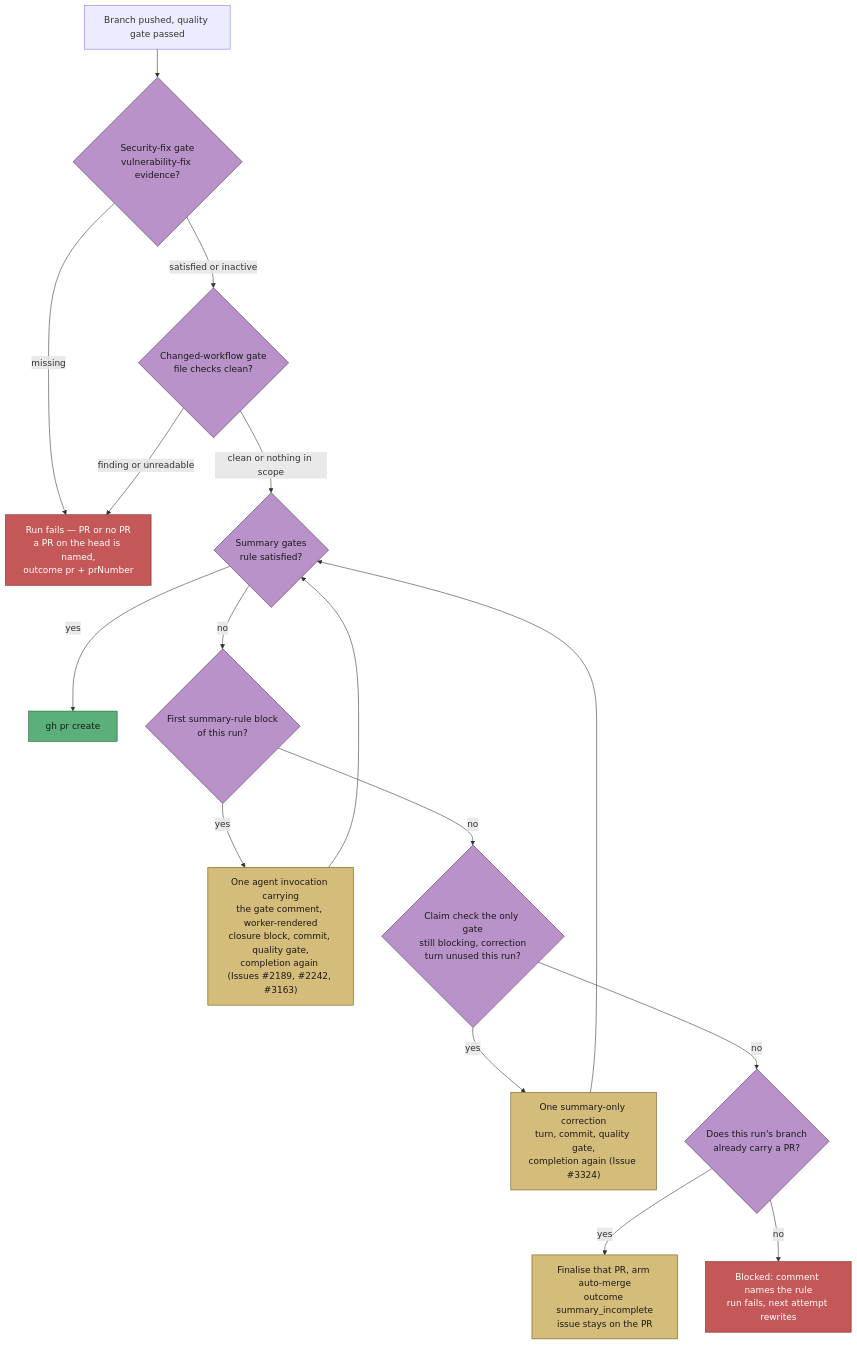
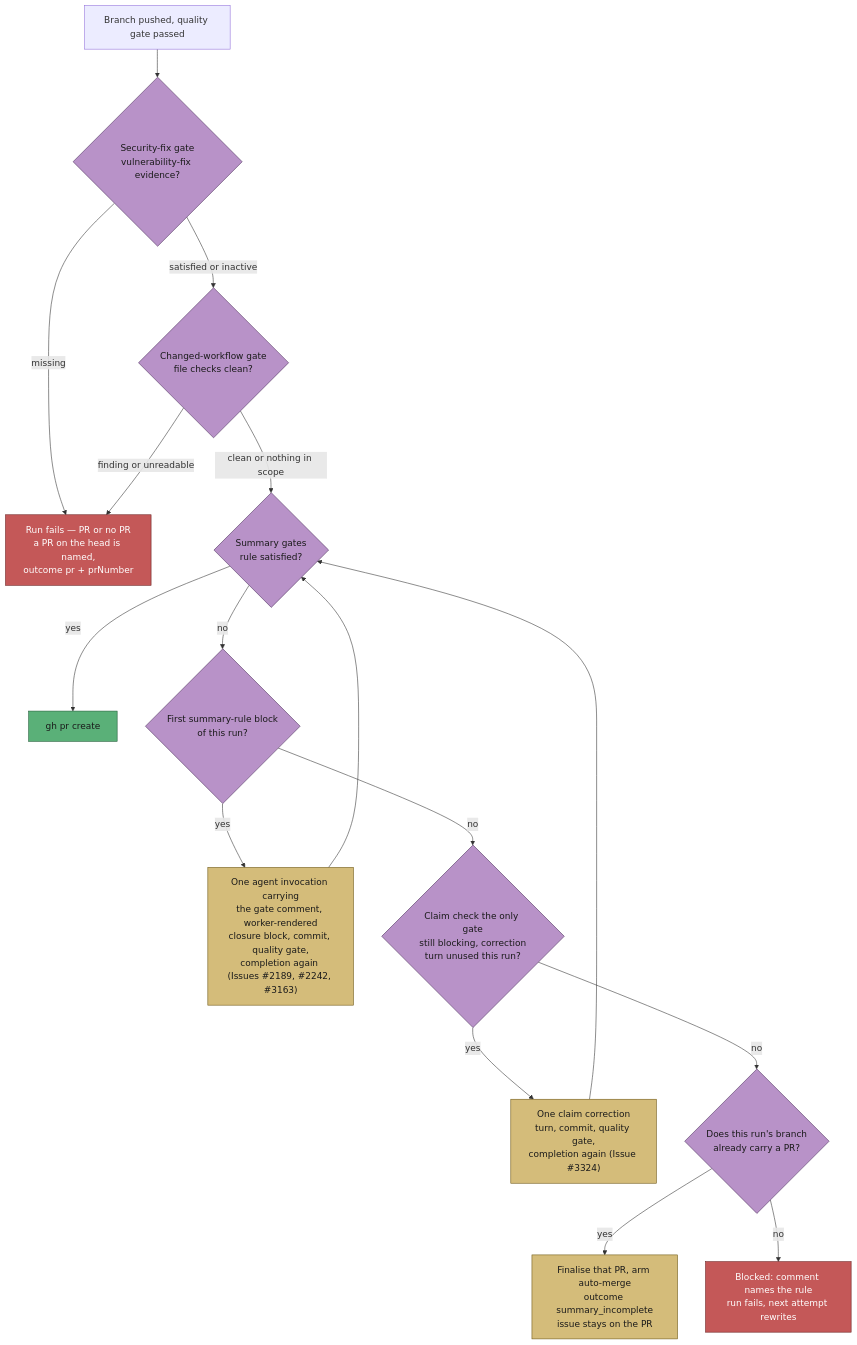
Before and after one commit to stSoftwareAU/VibeCoder: diagram 22 of 25 in docs/workflows/issue-processing.md, drawn with Mermaid. The commit also changed other lines of this file and 7 other files, not shown here.

````diff
--- a/docs/workflows/issue-processing.md
+++ b/docs/workflows/issue-processing.md
@@ -2763,30 +2763,30 @@
 ```mermaid
 flowchart TD
     A["Branch pushed, quality gate passed"] --> SEC{"Security-fix gate<br/>vulnerability-fix evidence?"}
     SEC -->|"missing"| F2["Run fails — PR or no PR<br/>a PR on the head is named,<br/>outcome pr + prNumber"]
     SEC -->|"satisfied or inactive"| WF{"Changed-workflow gate<br/>file checks clean?"}
     WF -->|"finding or unreadable"| F2
     WF -->|"clean or nothing in scope"| G{"Summary gates<br/>rule satisfied?"}
     G -->|yes| PR["gh pr create"]
     G -->|no| R{"First summary-rule block<br/>of this run?"}
     R -->|yes| RT["One agent invocation carrying<br/>the gate comment, worker-rendered<br/>closure block, commit, quality gate,<br/>completion again (Issues #2189, #2242, #3163)"]
     RT --> G
     R -->|no| CC{"Claim check the only gate<br/>still blocking, correction<br/>turn unused this run?"}
-    CC -->|yes| CT["One summary-only correction<br/>turn, commit, quality gate,<br/>completion again (Issue #3324)"]
+    CC -->|yes| CT["One claim correction<br/>turn, commit, quality gate,<br/>completion again (Issue #3324)"]
     CT --> G
     CC -->|no| Q{"Does this run's branch<br/>already carry a PR?"}
     Q -->|yes| S["Finalise that PR, arm auto-merge<br/>outcome summary_incomplete<br/>issue stays on the PR"]
     Q -->|no| F["Blocked: comment names the rule<br/>run fails, next attempt rewrites"]
     style SEC fill:#b892c8,stroke:#4a2d5a,color:#1a1a1a
     style WF fill:#b892c8,stroke:#4a2d5a,color:#1a1a1a
     style G fill:#b892c8,stroke:#4a2d5a,color:#1a1a1a
     style Q fill:#b892c8,stroke:#4a2d5a,color:#1a1a1a
     style R fill:#b892c8,stroke:#4a2d5a,color:#1a1a1a
     style RT fill:#d4bc7a,stroke:#6b5510,color:#1a1a1a
     style CC fill:#b892c8,stroke:#4a2d5a,color:#1a1a1a
     style CT fill:#d4bc7a,stroke:#6b5510,color:#1a1a1a
     style PR fill:#5ab078,stroke:#1d5a35,color:#1a1a1a
     style S fill:#d4bc7a,stroke:#6b5510,color:#1a1a1a
     style F fill:#c45858,stroke:#6b2020,color:#fff
     style F2 fill:#c45858,stroke:#6b2020,color:#fff
 ```
````
